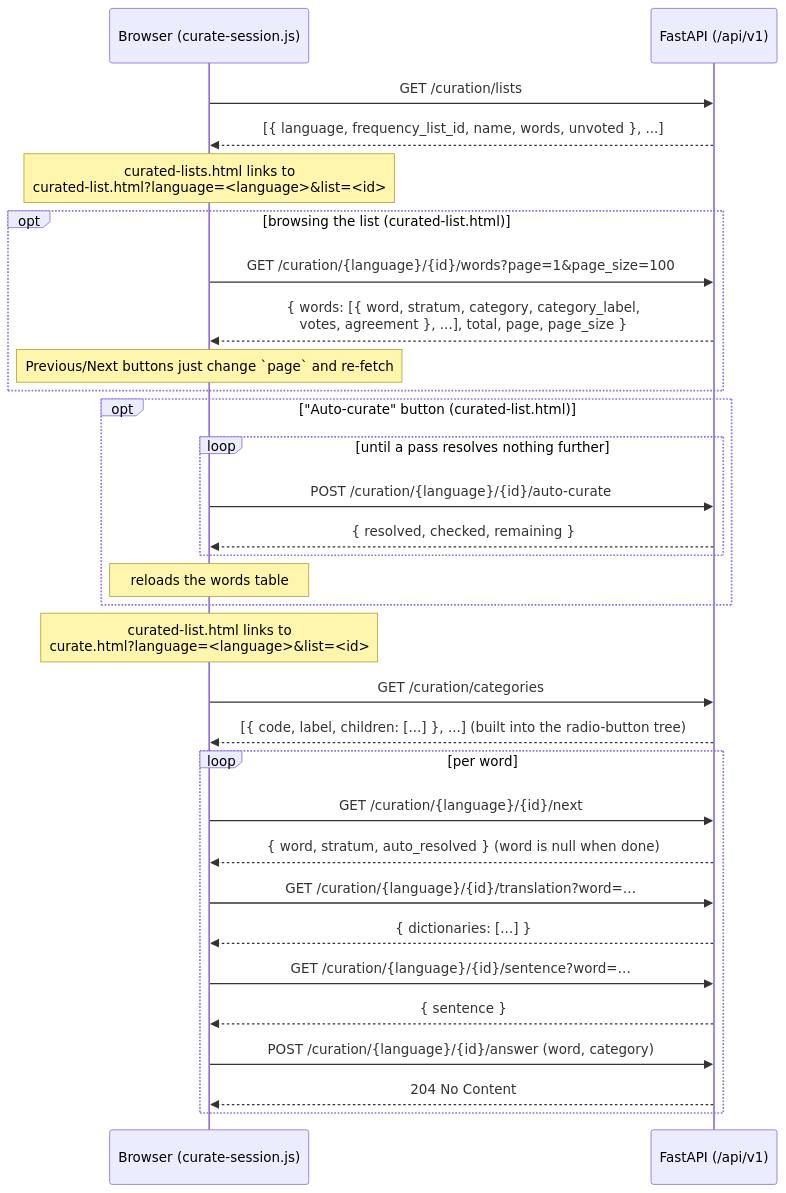
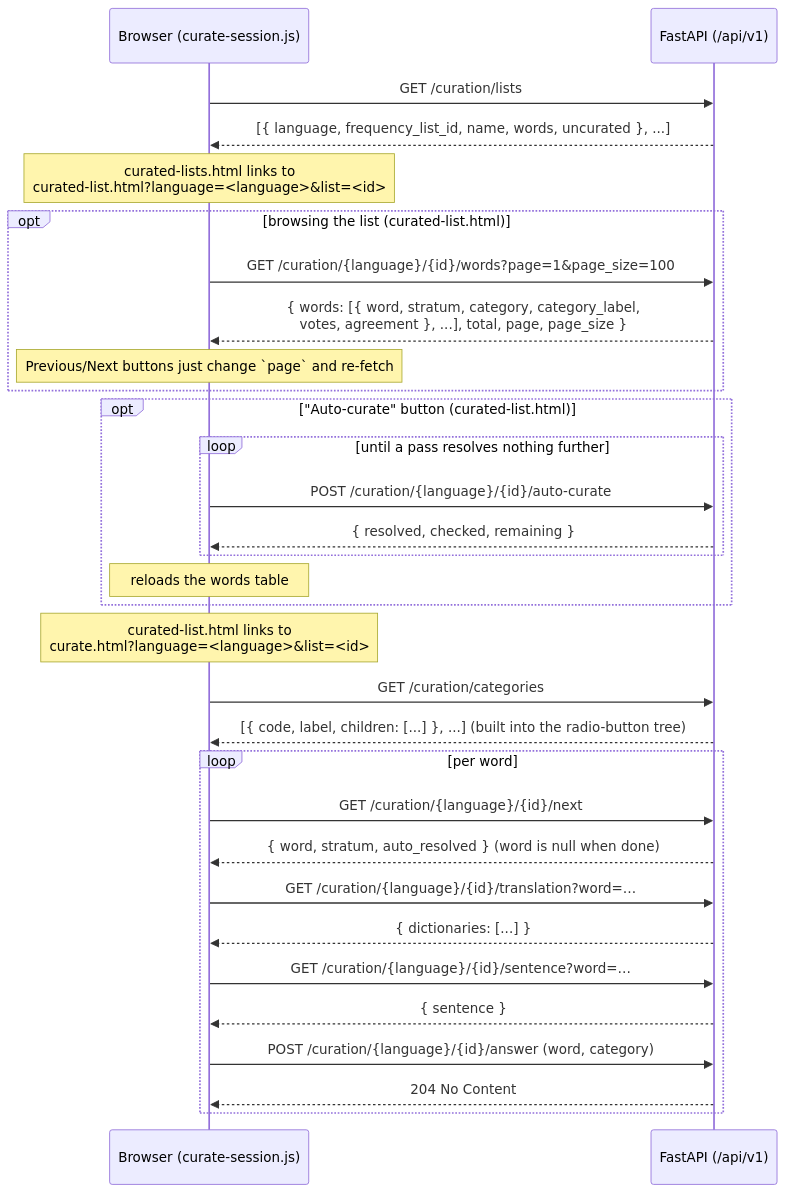
The third of 3 diagrams in web/README.md (enzet/Emmio), drawn with Mermaid before and after one commit. The commit also changed other lines of this file and 13 other files, not shown here.

````diff
--- a/web/README.md
+++ b/web/README.md
@@ -201,38 +201,38 @@
 ```mermaid
 sequenceDiagram
     participant B as Browser (curate-session.js)
     participant A as FastAPI (/api/v1)
 
     B->>A: GET /curation/lists
-    A-->>B: [{ language, frequency_list_id, name, words, unvoted }, ...]
+    A-->>B: [{ language, frequency_list_id, name, words, uncurated }, ...]
     Note over B: curated-lists.html links to<br/>curated-list.html?language=<language>&list=<id>
 
     opt browsing the list (curated-list.html)
         B->>A: GET /curation/{language}/{id}/words?page=1&page_size=100
         A-->>B: { words: [{ word, stratum, category, category_label,<br/>votes, agreement }, ...], total, page, page_size }
         Note over B: Previous/Next buttons just change `page` and re-fetch
     end
 
     opt "Auto-curate" button (curated-list.html)
         loop until a pass resolves nothing further
             B->>A: POST /curation/{language}/{id}/auto-curate
             A-->>B: { resolved, checked, remaining }
         end
         Note over B: reloads the words table
     end
 
     Note over B: curated-list.html links to<br/>curate.html?language=<language>&list=<id>
     B->>A: GET /curation/categories
     A-->>B: [{ code, label, children: [...] }, ...]  (built into the radio-button tree)
 
     loop per word
         B->>A: GET /curation/{language}/{id}/next
         A-->>B: { word, stratum, auto_resolved }  (word is null when done)
         B->>A: GET /curation/{language}/{id}/translation?word=…
         A-->>B: { dictionaries: [...] }
         B->>A: GET /curation/{language}/{id}/sentence?word=…
         A-->>B: { sentence }
         B->>A: POST /curation/{language}/{id}/answer (word, category)
         A-->>B: 204 No Content
     end
 ```
````
